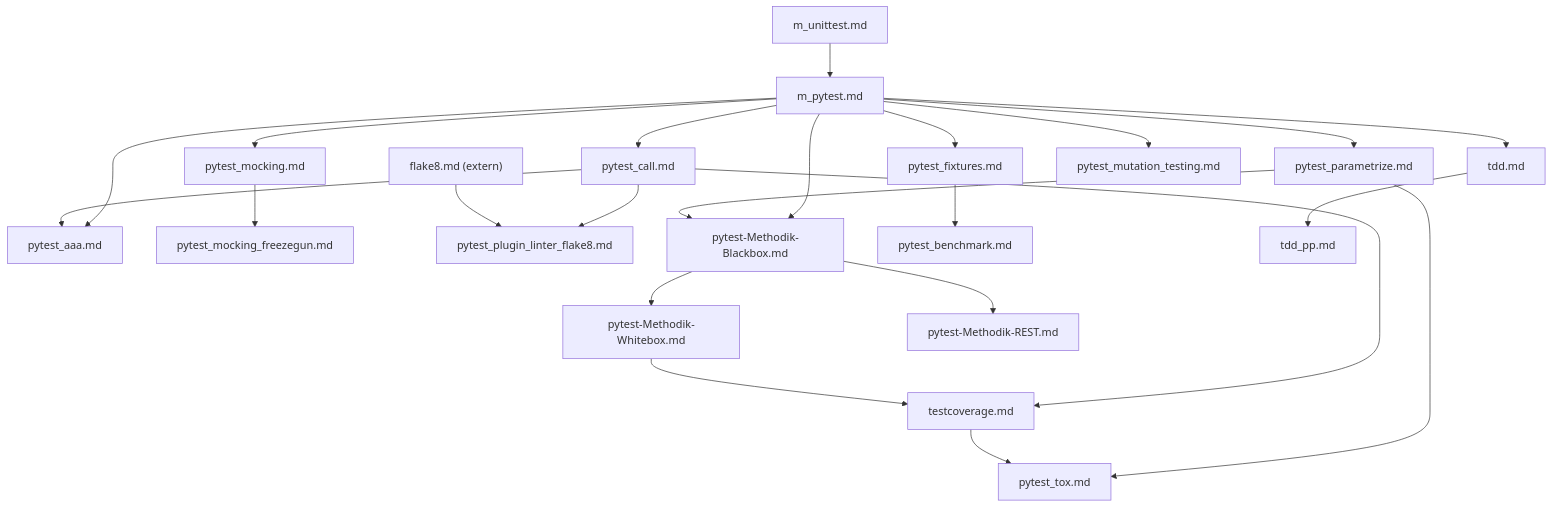
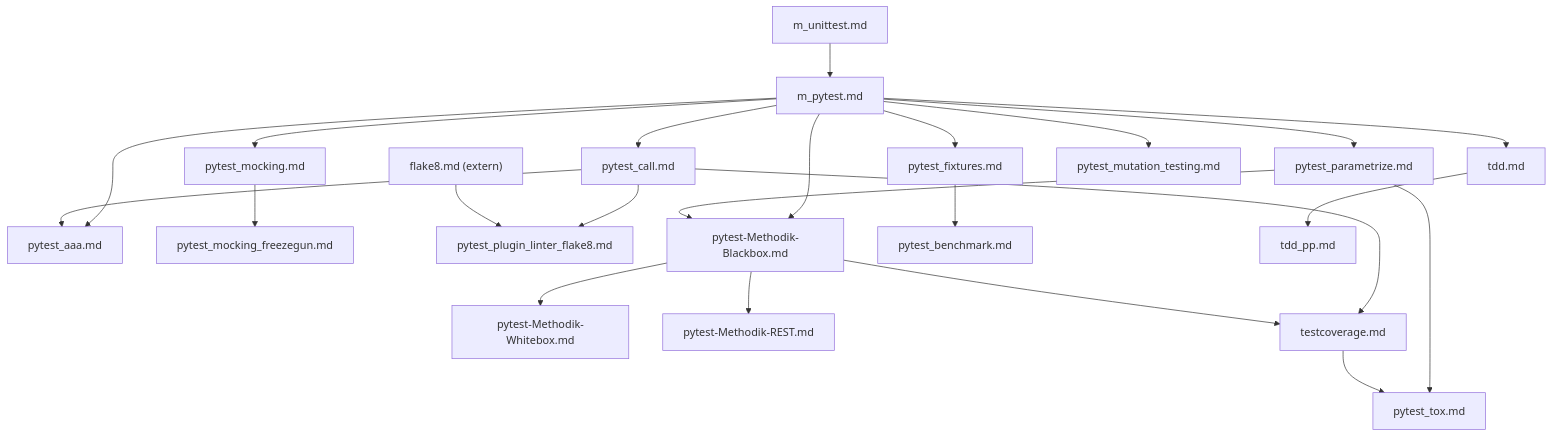
The diagram in ch/Testen/Unittests/index.md (fubinf/propra-inf), drawn with Mermaid before and after one commit. The commit also changed other lines of this file and 2 other files, not shown here.

Commit message:
Unittests/pytest-Methodik-Whitebox.md: #24; udpated task after review

````diff
--- a/ch/Testen/Unittests/index.md
+++ b/ch/Testen/Unittests/index.md
@@ -19,45 +19,45 @@
 ```mermaid
 graph TD
     m_unittest["m_unittest.md"]
     m_pytest["m_pytest.md"]
     pytest_call["pytest_call.md"]
     pytest_parametrize["pytest_parametrize.md"]
     pytest_aaa["pytest_aaa.md"]
     pytest_fixtures["pytest_fixtures.md"]
     pytest_mocking["pytest_mocking.md"]
     pytest_mocking_freezegun["pytest_mocking_freezegun.md"]
     pytest_plugin_linter_flake8["pytest_plugin_linter_flake8.md"]
     tdd["tdd.md"]
     pytest_methodik_blackbox["pytest-Methodik-Blackbox.md"]
     pytest_methodik_whitebox["pytest-Methodik-Whitebox.md"]
     pytest_methodik_rest["pytest-Methodik-REST.md"]
     flake8_ext["flake8.md (extern)"]
     testcoverage["testcoverage.md"]
     pytest_benchmark["pytest_benchmark.md"]
     pytest_tox["pytest_tox.md"]
     pytest_mutation_testing["pytest_mutation_testing.md"]
     tdd_pp["tdd_pp.md"]
 
     m_unittest --> m_pytest
     m_pytest --> pytest_call
     m_pytest --> pytest_parametrize
     m_pytest --> pytest_aaa
     m_pytest --> pytest_fixtures
     m_pytest --> pytest_mocking
     m_pytest --> tdd
     m_pytest --> pytest_methodik_blackbox
     m_pytest --> pytest_mutation_testing
     pytest_call --> pytest_aaa
     pytest_call --> pytest_plugin_linter_flake8
     pytest_call --> testcoverage
     pytest_parametrize --> pytest_methodik_blackbox
     pytest_parametrize --> pytest_tox
     pytest_methodik_blackbox --> pytest_methodik_whitebox
     pytest_methodik_blackbox --> pytest_methodik_rest
-    pytest_methodik_whitebox --> testcoverage
+    pytest_methodik_blackbox --> testcoverage
     pytest_mocking --> pytest_mocking_freezegun
     pytest_fixtures --> pytest_benchmark
     tdd --> tdd_pp
     testcoverage --> pytest_tox
     flake8_ext --> pytest_plugin_linter_flake8
 ```
````
